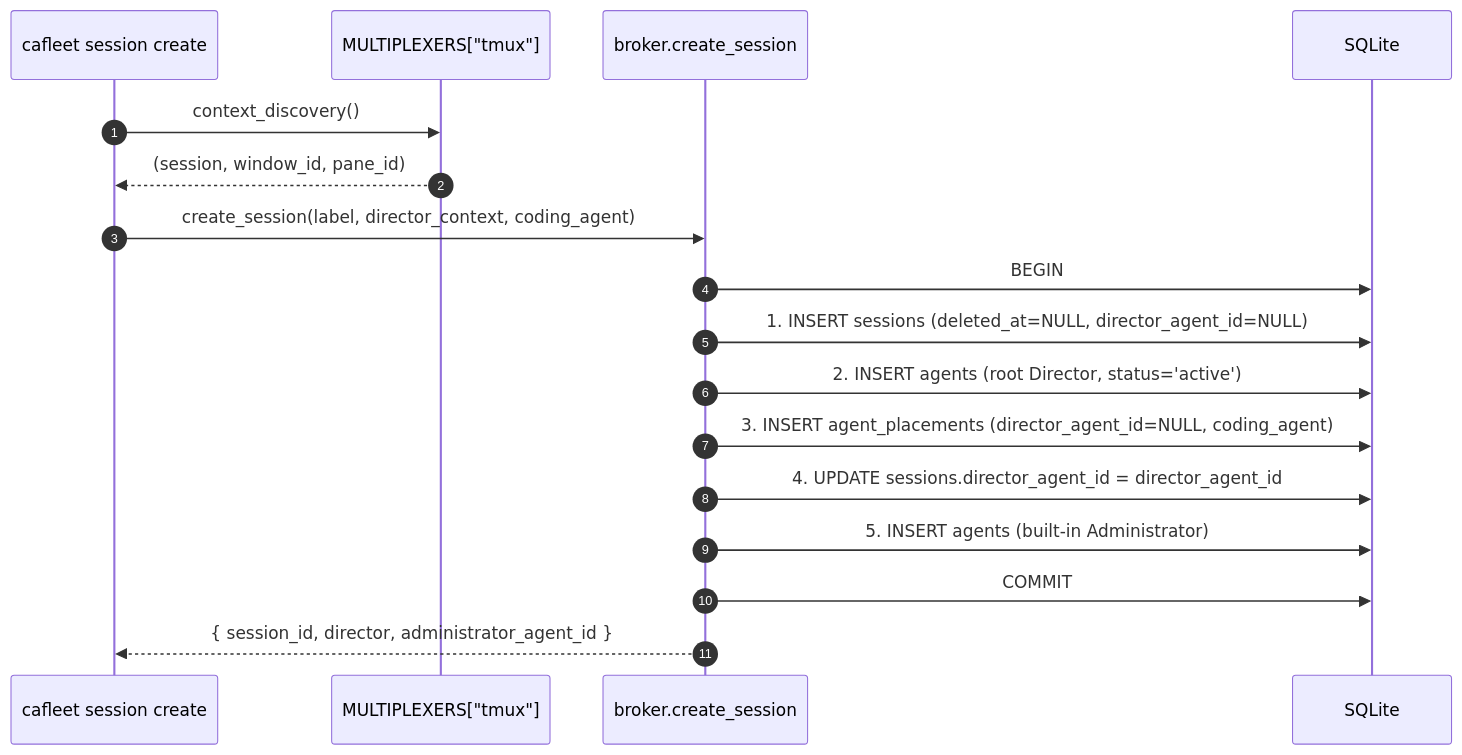
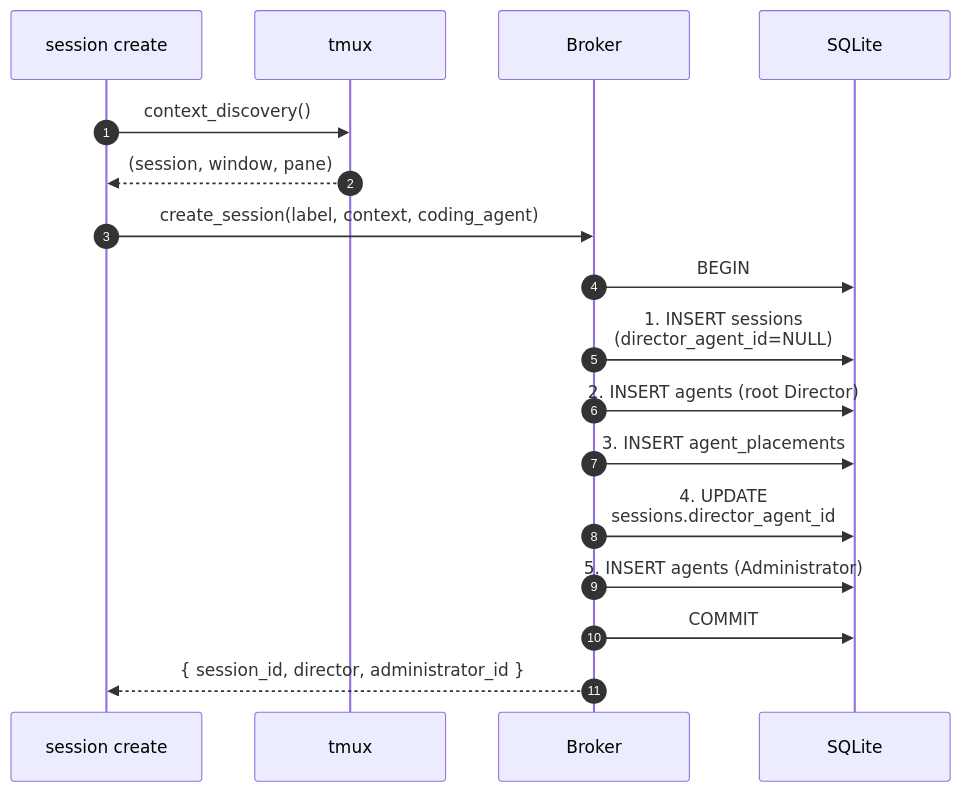
One commit to himkt/cafleet changed the diagram in docs/concepts/session-isolation.md. Above: the diagram before and after it, drawn with Mermaid. The commit also changed 4 other files, not shown here.

Commit message:
docs: bump Mermaid font sizes across 5 Concepts diagrams for readability

````diff
--- a/docs/concepts/session-isolation.md
+++ b/docs/concepts/session-isolation.md
@@ -33,20 +33,21 @@
 ```mermaid
+%%{init: {'theme': 'default', 'sequence': {'actorFontSize': 18, 'messageFontSize': 16, 'noteFontSize': 16, 'wrap': true, 'width': 180}}}%%
 sequenceDiagram
     autonumber
-    participant CLI as cafleet session create
-    participant Mux as MULTIPLEXERS["tmux"]
-    participant Broker as broker.create_session
+    participant CLI as session create
+    participant Mux as tmux
+    participant Broker
     participant DB as SQLite
 
     CLI->>Mux: context_discovery()
-    Mux-->>CLI: (session, window_id, pane_id)
-    CLI->>Broker: create_session(label, director_context, coding_agent)
+    Mux-->>CLI: (session, window, pane)
+    CLI->>Broker: create_session(label, context, coding_agent)
     Broker->>DB: BEGIN
-    Broker->>DB: 1. INSERT sessions (deleted_at=NULL, director_agent_id=NULL)
-    Broker->>DB: 2. INSERT agents (root Director, status='active')
-    Broker->>DB: 3. INSERT agent_placements (director_agent_id=NULL, coding_agent)
-    Broker->>DB: 4. UPDATE sessions.director_agent_id = director_agent_id
-    Broker->>DB: 5. INSERT agents (built-in Administrator)
+    Broker->>DB: 1. INSERT sessions (director_agent_id=NULL)
+    Broker->>DB: 2. INSERT agents (root Director)
+    Broker->>DB: 3. INSERT agent_placements
+    Broker->>DB: 4. UPDATE sessions.director_agent_id
+    Broker->>DB: 5. INSERT agents (Administrator)
     Broker->>DB: COMMIT
-    Broker-->>CLI: { session_id, director, administrator_agent_id }
+    Broker-->>CLI: { session_id, director, administrator_id }
 ```
````
